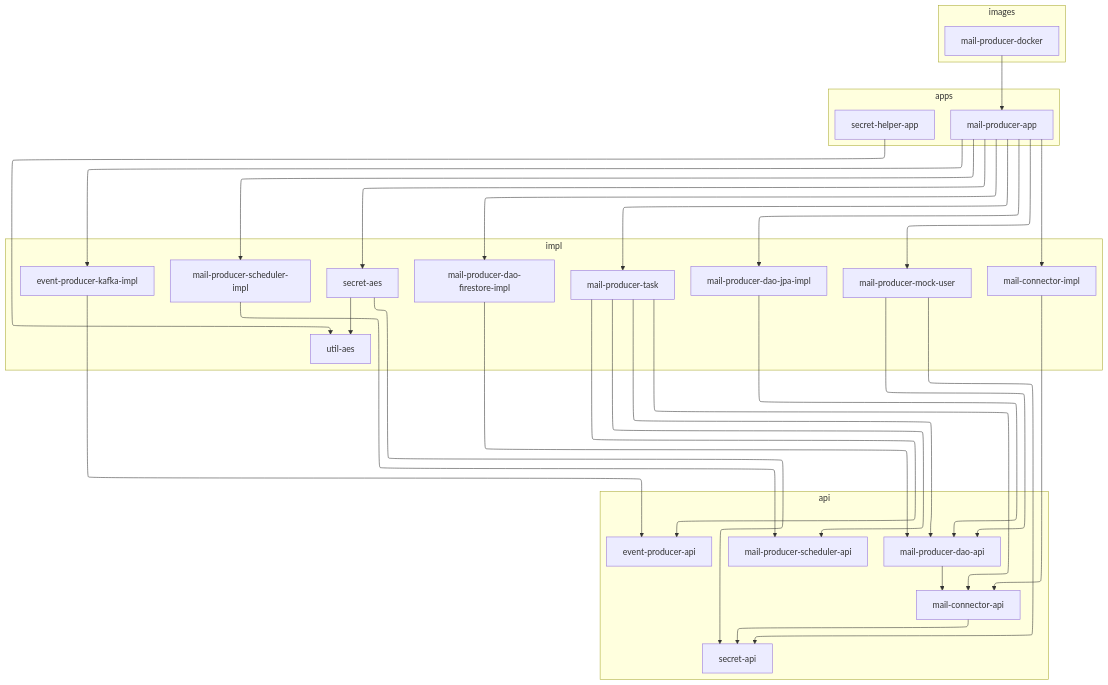
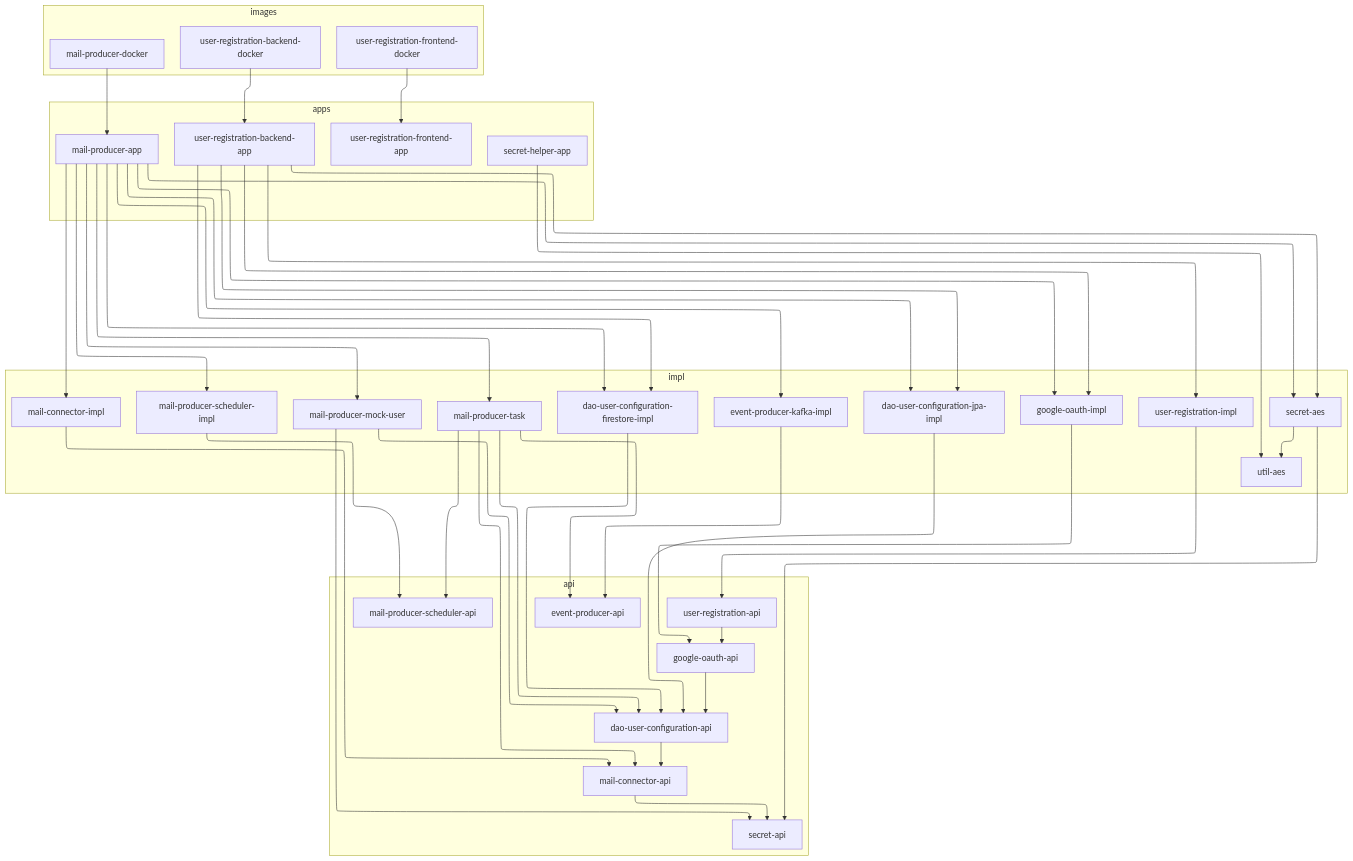
The diagram in docs/reference/modules.md (Guslarz/invoice-watcher), drawn with Mermaid before and after one commit. The commit also changed other lines of this file and 314 other files, not shown here.

First line of the commit message:
Add Google registration and Gmail OAuth scanning

````diff
--- a/docs/reference/modules.md
+++ b/docs/reference/modules.md
@@ -32,57 +41,77 @@
 ```mermaid
 ---
 config:
   layout: elk
 ---
 flowchart TB
   subgraph images
     images_mail_producer_docker["mail-producer-docker"]
+    images_user_registration_backend_docker["user-registration-backend-docker"]
+    images_user_registration_frontend_docker["user-registration-frontend-docker"]
   end
   subgraph apps
     apps_mail_producer_app["mail-producer-app"]
     apps_secret_helper_app["secret-helper-app"]
+    apps_user_registration_backend_app["user-registration-backend-app"]
+    apps_user_registration_frontend_app["user-registration-frontend-app"]
   end
   subgraph impl
+    libs_dao_user_configuration_firestore_impl["dao-user-configuration-firestore-impl"]
+    libs_dao_user_configuration_jpa_impl["dao-user-configuration-jpa-impl"]
     libs_event_producer_kafka_impl["event-producer-kafka-impl"]
+    libs_google_oauth_impl["google-oauth-impl"]
     libs_mail_connector_impl["mail-connector-impl"]
-    libs_mail_producer_dao_firestore_impl["mail-producer-dao-firestore-impl"]
-    libs_mail_producer_dao_jpa_impl["mail-producer-dao-jpa-impl"]
     libs_mail_producer_mock_user["mail-producer-mock-user"]
     libs_mail_producer_scheduler_impl["mail-producer-scheduler-impl"]
     libs_mail_producer_task["mail-producer-task"]
     libs_secret_aes["secret-aes"]
+    libs_user_registration_impl["user-registration-impl"]
     libs_util_aes["util-aes"]
   end
   subgraph api
+    libs_dao_user_configuration_api["dao-user-configuration-api"]
     libs_event_producer_api["event-producer-api"]
+    libs_google_oauth_api["google-oauth-api"]
     libs_mail_connector_api["mail-connector-api"]
-    libs_mail_producer_dao_api["mail-producer-dao-api"]
     libs_mail_producer_scheduler_api["mail-producer-scheduler-api"]
     libs_secret_api["secret-api"]
+    libs_user_registration_api["user-registration-api"]
   end
+  apps_mail_producer_app --> libs_dao_user_configuration_firestore_impl
+  apps_mail_producer_app --> libs_dao_user_configuration_jpa_impl
   apps_mail_producer_app --> libs_event_producer_kafka_impl
+  apps_mail_producer_app --> libs_google_oauth_impl
   apps_mail_producer_app --> libs_mail_connector_impl
-  apps_mail_producer_app --> libs_mail_producer_dao_firestore_impl
-  apps_mail_producer_app --> libs_mail_producer_dao_jpa_impl
   apps_mail_producer_app --> libs_mail_producer_mock_user
   apps_mail_producer_app --> libs_mail_producer_scheduler_impl
   apps_mail_producer_app --> libs_mail_producer_task
   apps_mail_producer_app --> libs_secret_aes
   apps_secret_helper_app --> libs_util_aes
+  apps_user_registration_backend_app --> libs_dao_user_configuration_firestore_impl
+  apps_user_registration_backend_app --> libs_dao_user_configuration_jpa_impl
+  apps_user_registration_backend_app --> libs_google_oauth_impl
+  apps_user_registration_backend_app --> libs_secret_aes
+  apps_user_registration_backend_app --> libs_user_registration_impl
   images_mail_producer_docker --> apps_mail_producer_app
+  images_user_registration_backend_docker --> apps_user_registration_backend_app
+  images_user_registration_frontend_docker --> apps_user_registration_frontend_app
+  libs_dao_user_configuration_api --> libs_mail_connector_api
+  libs_dao_user_configuration_firestore_impl --> libs_dao_user_configuration_api
+  libs_dao_user_configuration_jpa_impl --> libs_dao_user_configuration_api
   libs_event_producer_kafka_impl --> libs_event_producer_api
+  libs_google_oauth_api --> libs_dao_user_configuration_api
+  libs_google_oauth_impl --> libs_google_oauth_api
   libs_mail_connector_api --> libs_secret_api
   libs_mail_connector_impl --> libs_mail_connector_api
-  libs_mail_producer_dao_api --> libs_mail_connector_api
-  libs_mail_producer_dao_firestore_impl --> libs_mail_producer_dao_api
-  libs_mail_producer_dao_jpa_impl --> libs_mail_producer_dao_api
-  libs_mail_producer_mock_user --> libs_mail_producer_dao_api
+  libs_mail_producer_mock_user --> libs_dao_user_configuration_api
   libs_mail_producer_mock_user --> libs_secret_api
   libs_mail_producer_scheduler_impl --> libs_mail_producer_scheduler_api
+  libs_mail_producer_task --> libs_dao_user_configuration_api
   libs_mail_producer_task --> libs_event_producer_api
   libs_mail_producer_task --> libs_mail_connector_api
-  libs_mail_producer_task --> libs_mail_producer_dao_api
   libs_mail_producer_task --> libs_mail_producer_scheduler_api
   libs_secret_aes --> libs_secret_api
   libs_secret_aes --> libs_util_aes
+  libs_user_registration_api --> libs_google_oauth_api
+  libs_user_registration_impl --> libs_user_registration_api
 ```
````
